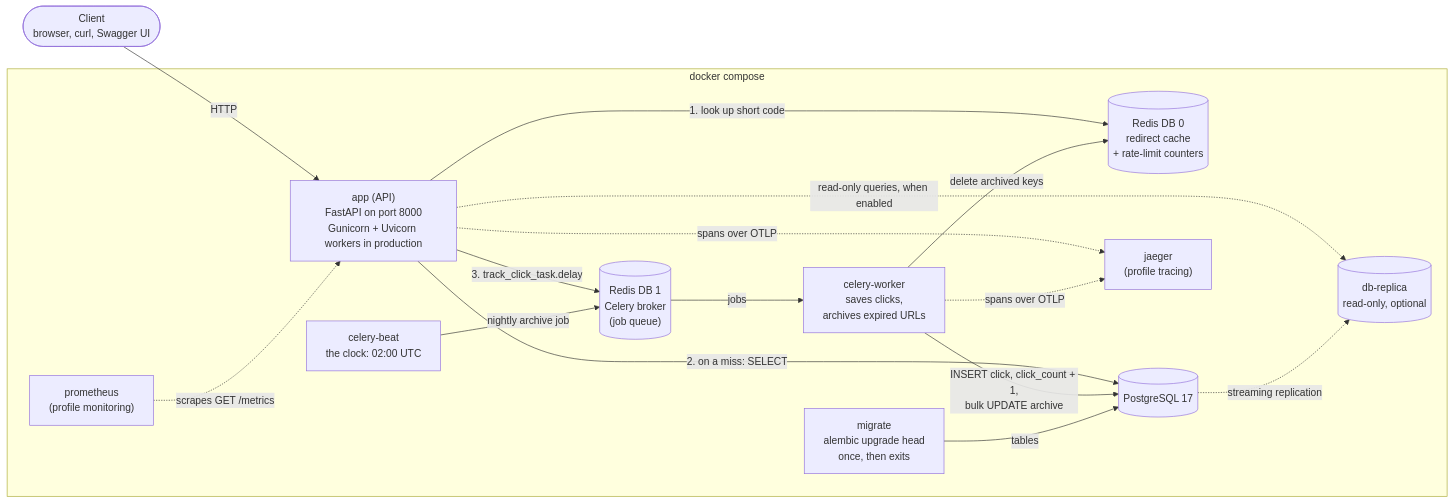
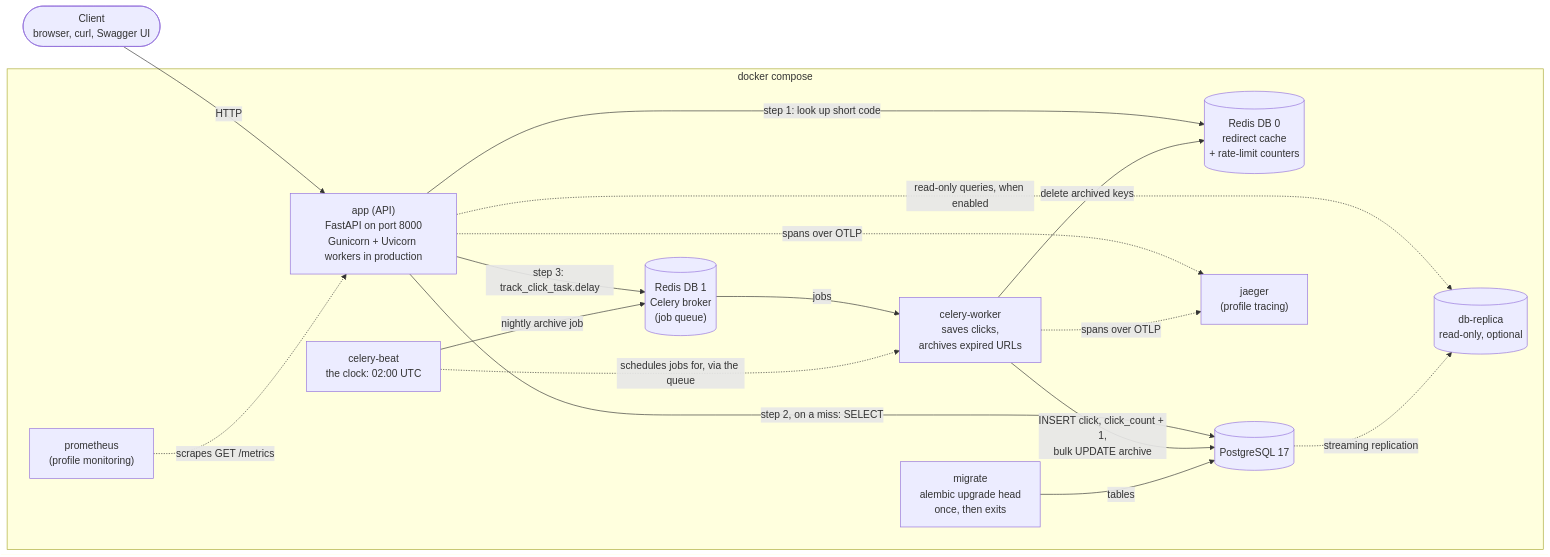
One commit to Aline-CROIRE/url-shortener-fastapi changed the first of 4 diagrams in README.md. Above: the diagram before and after it, drawn with Mermaid. The commit also changed other lines of this file and 1 other file, not shown here.

Commit message:
docs: document the kind cluster tests, worker metrics and GeoIP data

````diff
--- a/README.md
+++ b/README.md
@@ -115,32 +117,33 @@
 ```mermaid
 flowchart LR
     client(["Client<br/>browser, curl, Swagger UI"])
 
     subgraph compose["docker compose"]
         app["app (API)<br/>FastAPI on port 8000<br/>Gunicorn + Uvicorn workers in production"]
         cache[("Redis DB 0<br/>redirect cache<br/>+ rate-limit counters")]
         broker[("Redis DB 1<br/>Celery broker<br/>(job queue)")]
         worker["celery-worker<br/>saves clicks,<br/>archives expired URLs"]
         beat["celery-beat<br/>the clock: 02:00 UTC"]
         db[("PostgreSQL 17")]
         migrate["migrate<br/>alembic upgrade head<br/>once, then exits"]
         replica[("db-replica<br/>read-only, optional")]
         prometheus["prometheus<br/>(profile monitoring)"]
         jaeger["jaeger<br/>(profile tracing)"]
     end
 
     client -->|HTTP| app
-    app -->|1. look up short code| cache
-    app -->|2. on a miss: SELECT| db
-    app -->|3. track_click_task.delay| broker
+    app -->|step 1: look up short code| cache
+    app -->|step 2, on a miss: SELECT| db
+    app -->|step 3: track_click_task.delay| broker
     broker -->|jobs| worker
     beat -->|nightly archive job| broker
+    beat -.->|schedules jobs for, via the queue| worker
     worker -->|INSERT click, click_count + 1,<br/>bulk UPDATE archive| db
     worker -->|delete archived keys| cache
     migrate -->|tables| db
     app -.->|read-only queries, when enabled| replica
     db -.->|streaming replication| replica
     prometheus -.->|scrapes GET /metrics| app
     app -.->|spans over OTLP| jaeger
     worker -.->|spans over OTLP| jaeger
 ```
````
